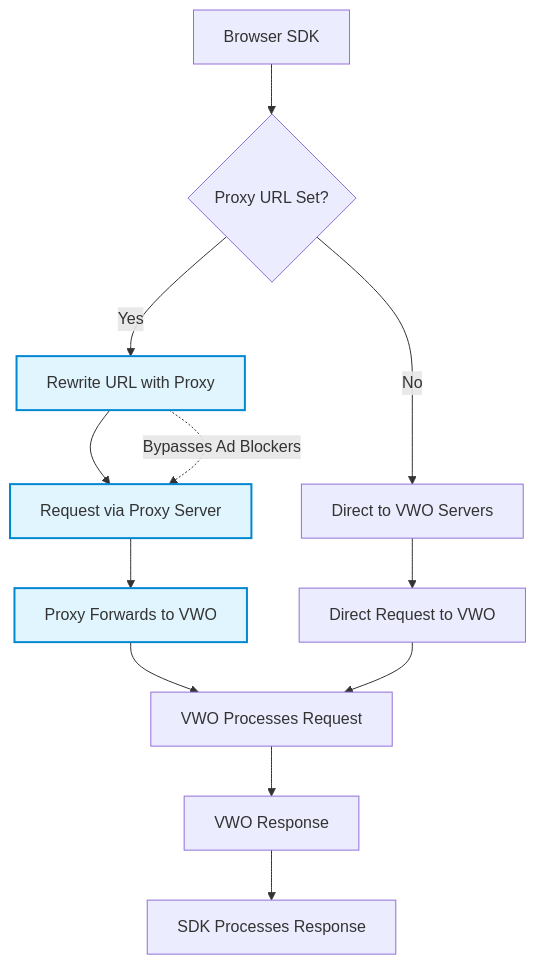
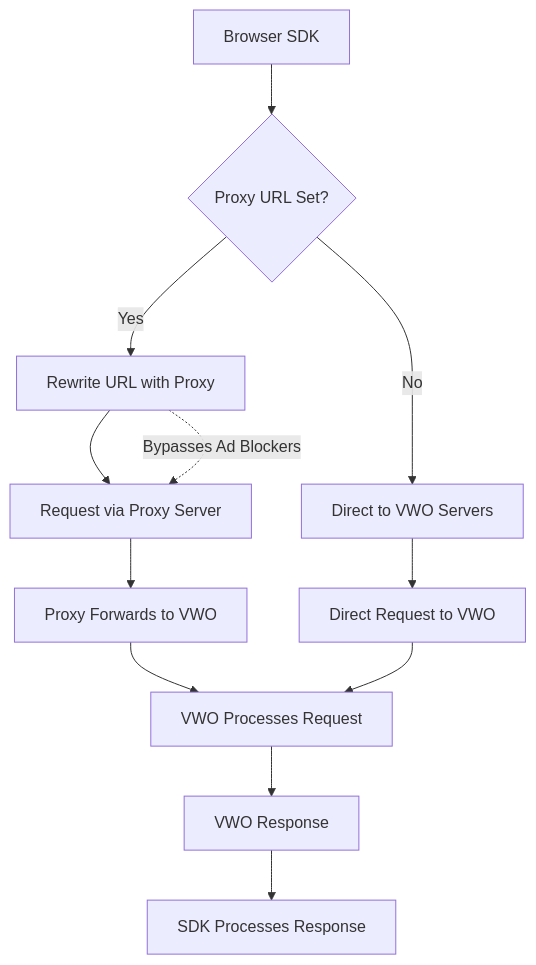
Before and after one commit to wingify/readme-central: the diagram in docs/SDK Reference/mobile-sdks/fme-javascript/proxy-url-support.md, drawn with Mermaid.

Commit message:
Update doc `proxy-url-support`

````diff
--- a/docs/SDK Reference/mobile-sdks/fme-javascript/proxy-url-support.md
+++ b/docs/SDK Reference/mobile-sdks/fme-javascript/proxy-url-support.md
@@ -34,22 +34,18 @@
 ```mermaid
 flowchart TD
     A["Browser SDK"] --> B{"Proxy URL Set?"}
     B -- Yes --> C["Rewrite URL with Proxy"]
     B -- No --> D["Direct to VWO Servers"]
     C --> E["Request via Proxy Server"]
     E --> G["Proxy Forwards to VWO"]
     D --> F["Direct Request to VWO"]
     G --> H["VWO Processes Request"]
     F --> H
     H --> I["VWO Response"]
     I --> J["SDK Processes Response"]
     C -. Bypasses Ad Blockers .-> E
 
-     E:::highlight
-     C:::highlight
-     G:::highlight
-    classDef highlight fill:#e1f5fe,stroke:#0288d1,stroke-width:2px
 
 
 
 ```
````
